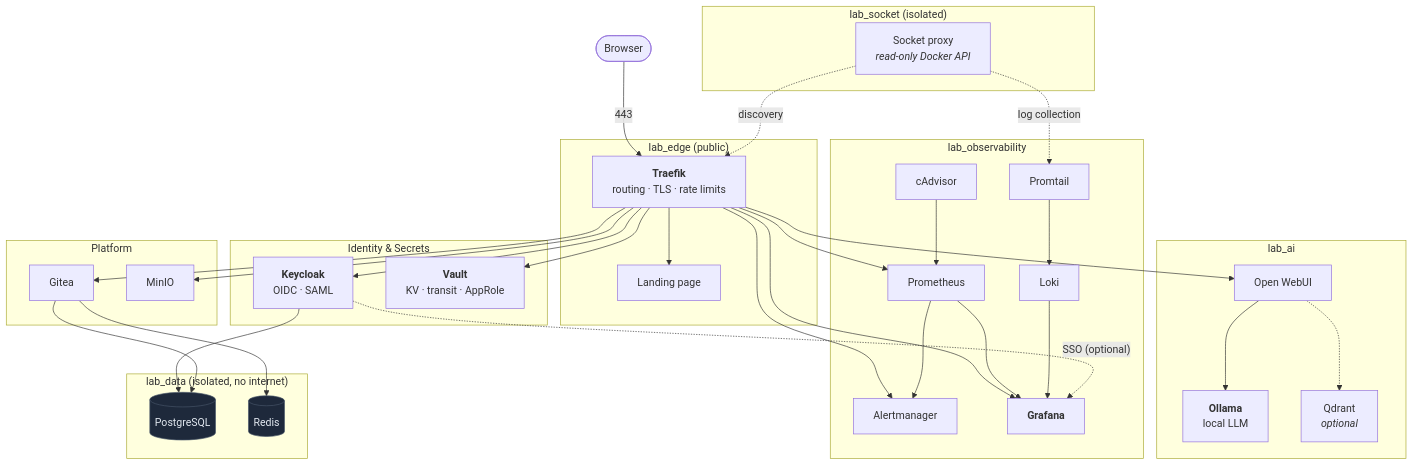
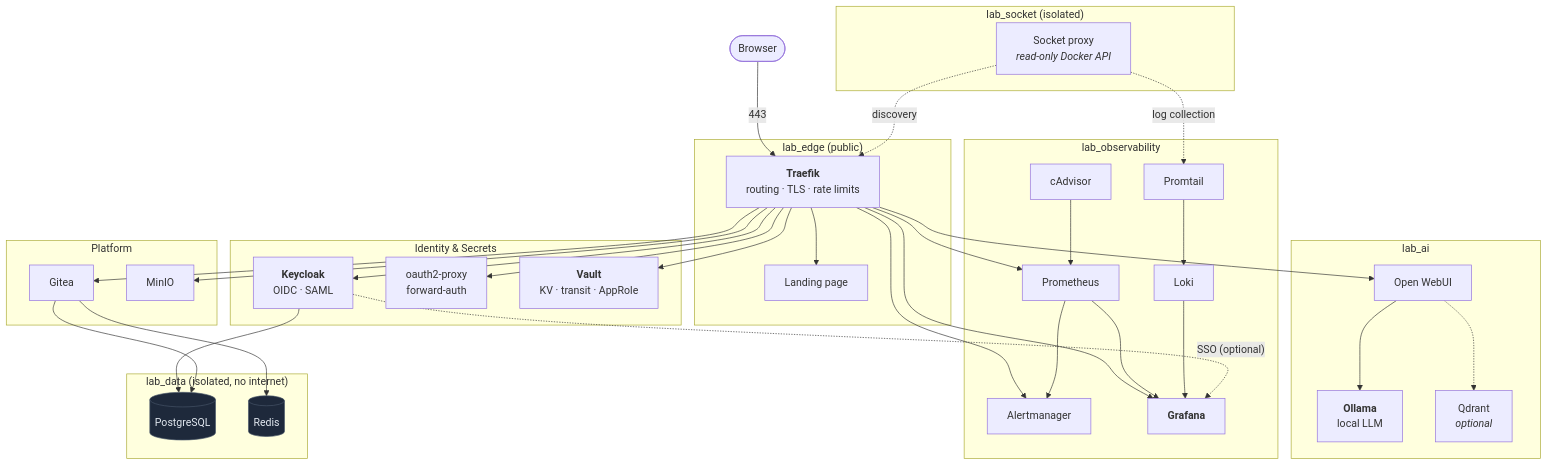
One commit to chriswayneh/lab-in-a-box changed the diagram in README.md. Above: the diagram before and after it, drawn with Mermaid. The commit also changed other lines of this file and 18 other files, not shown here.

First line of the commit message:
Implement v2-7 forward-auth for observability UIs

````diff
--- a/README.md
+++ b/README.md
@@ -199,66 +199,67 @@
 ```mermaid
 graph TB
     User(["Browser"])
 
     subgraph edge["lab_edge (public)"]
         Traefik["<b>Traefik</b><br/>routing · TLS · rate limits"]
         Landing["Landing page"]
     end
 
     subgraph iam["Identity & Secrets"]
         Keycloak["<b>Keycloak</b><br/>OIDC · SAML"]
+        OAuth2Proxy["oauth2-proxy<br/>forward-auth"]
         Vault["<b>Vault</b><br/>KV · transit · AppRole"]
     end
 
     subgraph ai["lab_ai"]
         OpenWebUI["Open WebUI"]
         Ollama["<b>Ollama</b><br/>local LLM"]
         Qdrant["Qdrant<br/><i>optional</i>"]
     end
 
     subgraph obs["lab_observability"]
         Prometheus["Prometheus"]
         Alertmanager["Alertmanager"]
         Grafana["<b>Grafana</b>"]
         Loki["Loki"]
         Promtail["Promtail"]
         cAdvisor["cAdvisor"]
     end
 
     subgraph platform["Platform"]
         Gitea["Gitea"]
         MinIO["MinIO"]
     end
 
     subgraph data["lab_data (isolated, no internet)"]
         Postgres[("PostgreSQL")]
         Redis[("Redis")]
     end
 
     subgraph socket["lab_socket (isolated)"]
         SocketProxy["Socket proxy<br/><i>read-only Docker API</i>"]
     end
 
     User -->|"443"| Traefik
-    Traefik --> Landing & Keycloak & Vault & Grafana & OpenWebUI & Gitea & MinIO & Prometheus & Alertmanager
+    Traefik --> Landing & Keycloak & OAuth2Proxy & Vault & Grafana & OpenWebUI & Gitea & MinIO & Prometheus & Alertmanager
 
     Keycloak --> Postgres
     Gitea --> Postgres & Redis
 
     OpenWebUI --> Ollama
     OpenWebUI -.-> Qdrant
 
     cAdvisor --> Prometheus
     Promtail --> Loki
     Prometheus --> Alertmanager
     Prometheus --> Grafana
     Loki --> Grafana
 
     SocketProxy -.->|discovery| Traefik
     SocketProxy -.->|log collection| Promtail
 
     Keycloak -.->|"SSO (optional)"| Grafana
 
     classDef store fill:#1e293b,stroke:#475569,color:#e2e8f0
     class Postgres,Redis store
 ```
````
